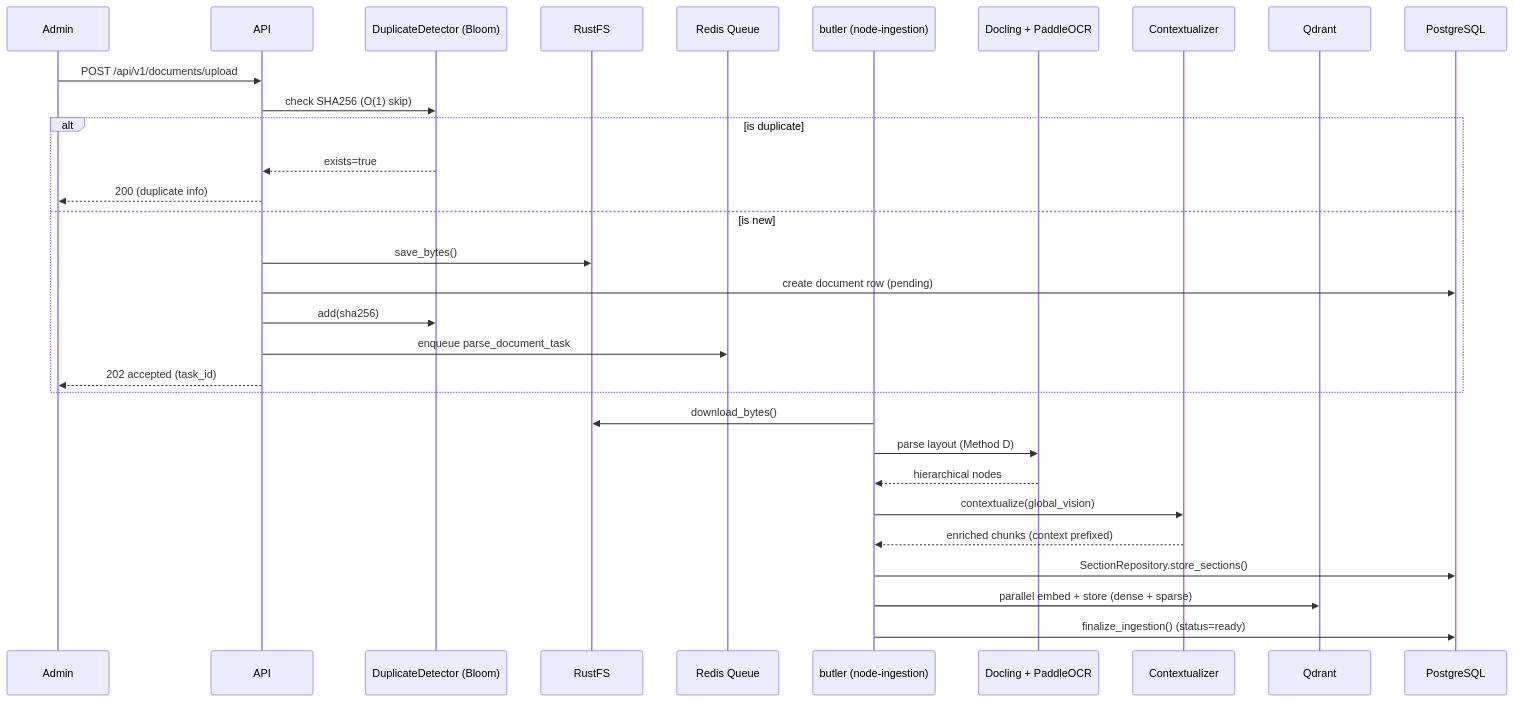
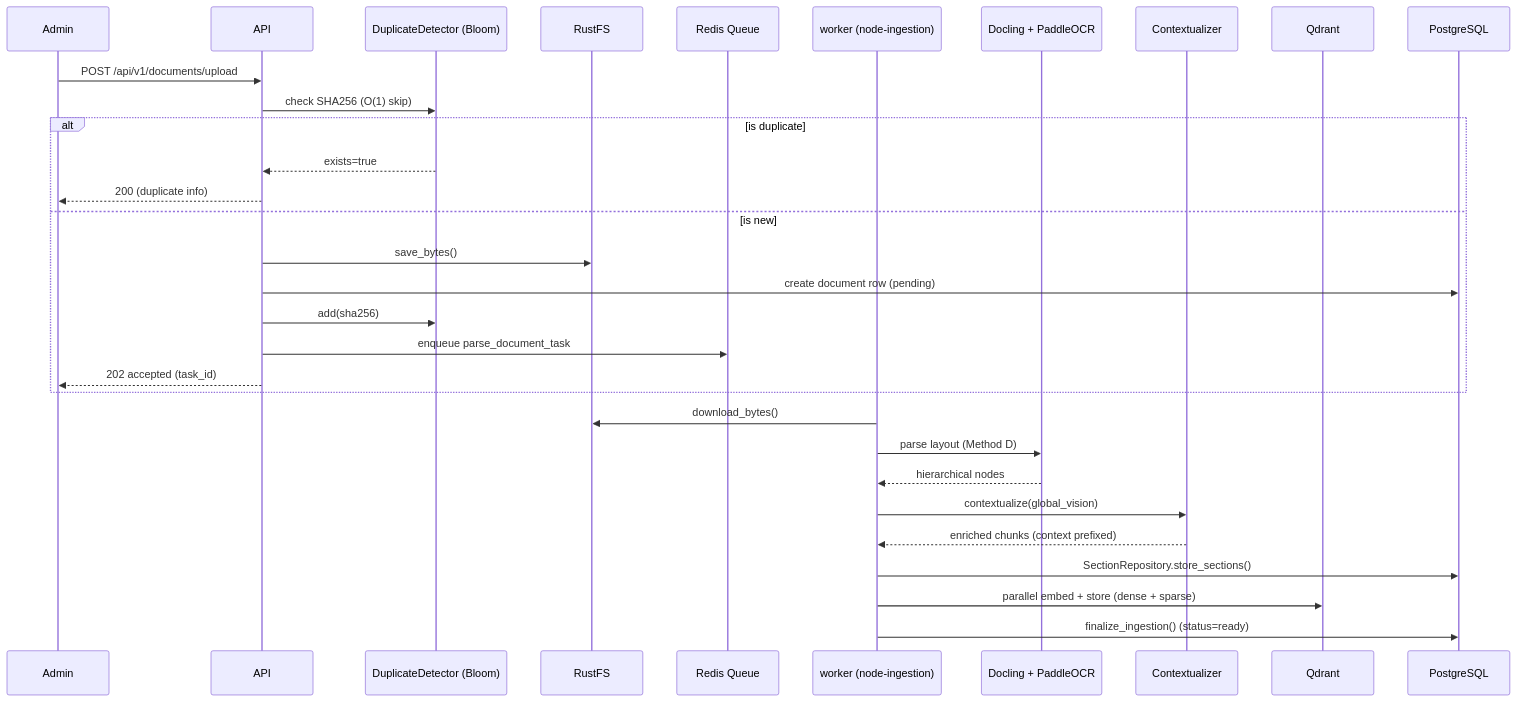
Before and after one commit to qtuanph/chatbot-rag: the first of 4 diagrams in docs/02_WORKFLOWS.md, drawn with Mermaid. The commit also changed other lines of this file and 32 other files, not shown here.

````diff
--- a/docs/02_WORKFLOWS.md
+++ b/docs/02_WORKFLOWS.md
@@ -9,35 +9,35 @@
 ```mermaid
 sequenceDiagram
     participant Admin
     participant API
     participant Bloom as DuplicateDetector (Bloom)
     participant Storage as RustFS
     participant Queue as Redis Queue
-    participant Worker as butler (node-ingestion)
+    participant Worker as worker (node-ingestion)
     participant Parser as Docling + PaddleOCR
     participant Context as Contextualizer
     participant Qdrant
     participant DB as PostgreSQL
 
     Admin->>API: POST /api/v1/documents/upload
     API->>Bloom: check SHA256 (O(1) skip)
     alt is duplicate
         Bloom-->>API: exists=true
         API-->>Admin: 200 (duplicate info)
     else is new
         API->>Storage: save_bytes()
         API->>DB: create document row (pending)
         API->>Bloom: add(sha256)
         API->>Queue: enqueue parse_document_task
         API-->>Admin: 202 accepted (task_id)
     end
 
     Worker->>Storage: download_bytes()
     Worker->>Parser: parse layout (Method D)
     Parser-->>Worker: hierarchical nodes
     Worker->>Context: contextualize(global_vision)
     Context-->>Worker: enriched chunks (context prefixed)
     Worker->>DB: SectionRepository.store_sections()
     Worker->>Qdrant: parallel embed + store (dense + sparse)
     Worker->>DB: finalize_ingestion() (status=ready)
 ```
````
